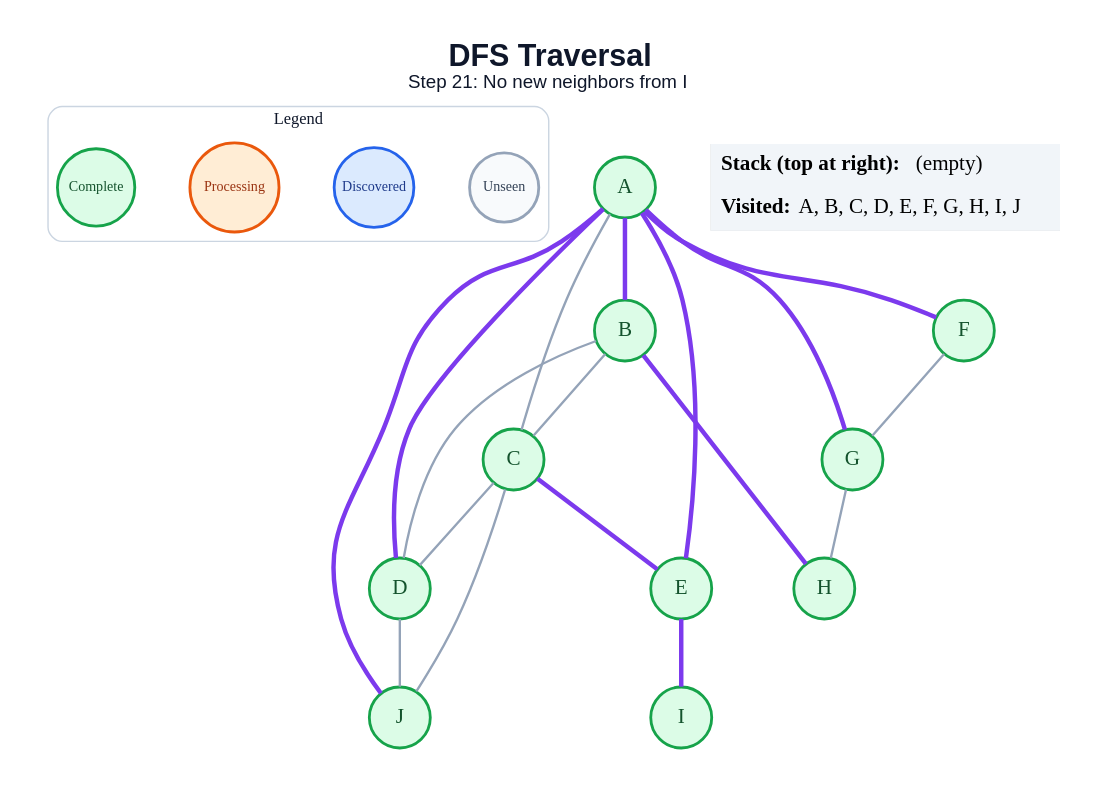
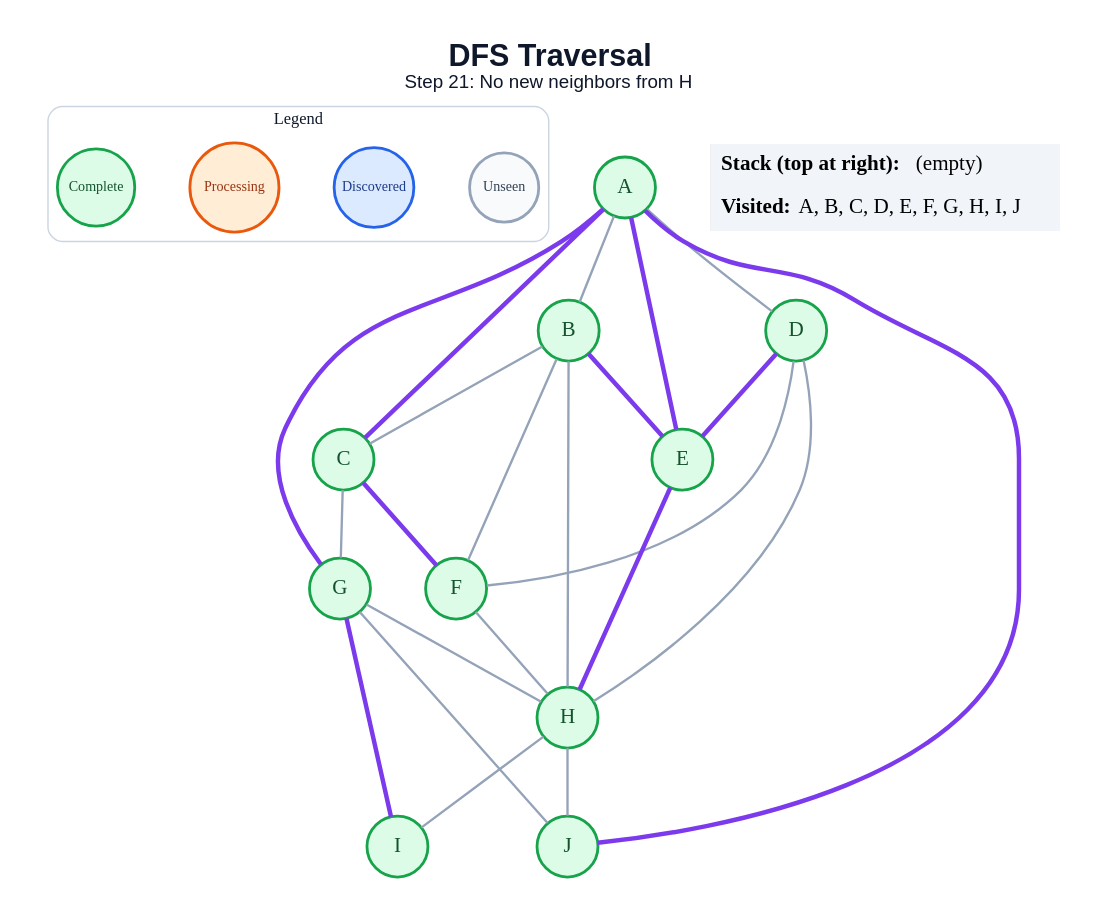
One commit to anon7238593-create/ai-slop changed the diagram in generated/specific-node/dfs/step_21.dot. Above: the diagram before and after it, drawn with Graphviz. The commit also changed 178 other files, not shown here.

```diff
--- a/generated/specific-node/dfs/step_21.dot
+++ b/generated/specific-node/dfs/step_21.dot
@@ -1,46 +1,51 @@
 graph traversal {
   graph [layout=dot, rankdir=TB, bgcolor="#FFFFFF", pad="0.35", nodesep="0.65", ranksep="0.8", fontname="Arial"];
   node [shape=circle, style="filled", fontname="Arial Bold", fontsize=18, width=0.72, fixedsize=true, penwidth=2.4];
   edge [color="#94A3B8", penwidth=2.0];
-  label=<<B>DFS Traversal</B><BR/><FONT POINT-SIZE="16">Step 21: No new neighbors from I</FONT>>; labelloc="t"; fontsize=26; fontname="Arial"; fontcolor="#0F172A";
+  label=<<B>DFS Traversal</B><BR/><FONT POINT-SIZE="16">Step 21: No new neighbors from H</FONT>>; labelloc="t"; fontsize=26; fontname="Arial"; fontcolor="#0F172A";
   subgraph cluster_legend { label="Legend"; color="#CBD5E1"; penwidth=1.2; style="rounded"; fontsize=14; fontname="Arial Bold";
     key_unseen [label="Unseen", fillcolor="#F8FAFC", color="#94A3B8", fontcolor="#334155", fontsize=12, width=0.82];
     key_frontier [label="Discovered", fillcolor="#DBEAFE", color="#2563EB", fontcolor="#1E3A8A", fontsize=12, width=0.95];
     key_current [label="Processing", fillcolor="#FFEDD5", color="#EA580C", fontcolor="#9A3412", fontsize=12, width=1.05];
     key_done [label="Complete", fillcolor="#DCFCE7", color="#16A34A", fontcolor="#14532D", fontsize=12, width=0.92];
     { rank=same; key_unseen; key_frontier; key_current; key_done; }
   }
   A [fillcolor="#DCFCE7", color="#16A34A", fontcolor="#14532D"];
   B [fillcolor="#DCFCE7", color="#16A34A", fontcolor="#14532D"];
   C [fillcolor="#DCFCE7", color="#16A34A", fontcolor="#14532D"];
   D [fillcolor="#DCFCE7", color="#16A34A", fontcolor="#14532D"];
   E [fillcolor="#DCFCE7", color="#16A34A", fontcolor="#14532D"];
   F [fillcolor="#DCFCE7", color="#16A34A", fontcolor="#14532D"];
   G [fillcolor="#DCFCE7", color="#16A34A", fontcolor="#14532D"];
   H [fillcolor="#DCFCE7", color="#16A34A", fontcolor="#14532D"];
   I [fillcolor="#DCFCE7", color="#16A34A", fontcolor="#14532D"];
   J [fillcolor="#DCFCE7", color="#16A34A", fontcolor="#14532D"];
-  A -- B [color="#7C3AED", penwidth=3.8];
-  A -- C;
-  A -- D [color="#7C3AED", penwidth=3.8];
+  A -- B;
+  A -- C [color="#7C3AED", penwidth=3.8];
+  A -- D;
   A -- E [color="#7C3AED", penwidth=3.8];
-  A -- F [color="#7C3AED", penwidth=3.8];
   A -- G [color="#7C3AED", penwidth=3.8];
   A -- J [color="#7C3AED", penwidth=3.8];
   B -- C;
-  B -- D;
-  B -- H [color="#7C3AED", penwidth=3.8];
-  C -- D;
-  C -- E [color="#7C3AED", penwidth=3.8];
-  C -- J;
-  D -- J;
-  E -- I [color="#7C3AED", penwidth=3.8];
-  F -- G;
+  B -- E [color="#7C3AED", penwidth=3.8];
+  B -- F;
+  B -- H;
+  C -- F [color="#7C3AED", penwidth=3.8];
+  C -- G;
+  D -- E [color="#7C3AED", penwidth=3.8];
+  D -- F;
+  D -- H;
+  E -- H [color="#7C3AED", penwidth=3.8];
+  F -- H;
   G -- H;
+  G -- I [color="#7C3AED", penwidth=3.8];
+  G -- J;
+  H -- I;
+  H -- J;
   status [shape=plain, fixedsize=false, width=0, height=0, margin=0, label=<
     <TABLE BORDER="0" CELLBORDER="0" CELLPADDING="7" BGCOLOR="#F1F5F9">
       <TR><TD ALIGN="LEFT"><B>Stack (top at right):</B> (empty)</TD></TR>
       <TR><TD ALIGN="LEFT"><B>Visited:</B> A, B, C, D, E, F, G, H, I, J</TD></TR>
     </TABLE>
   >];
 }
```
